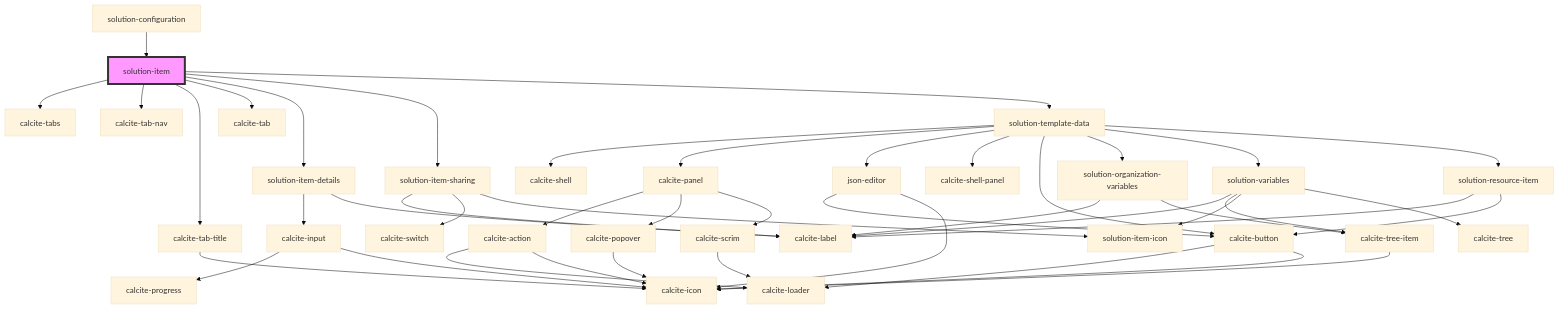
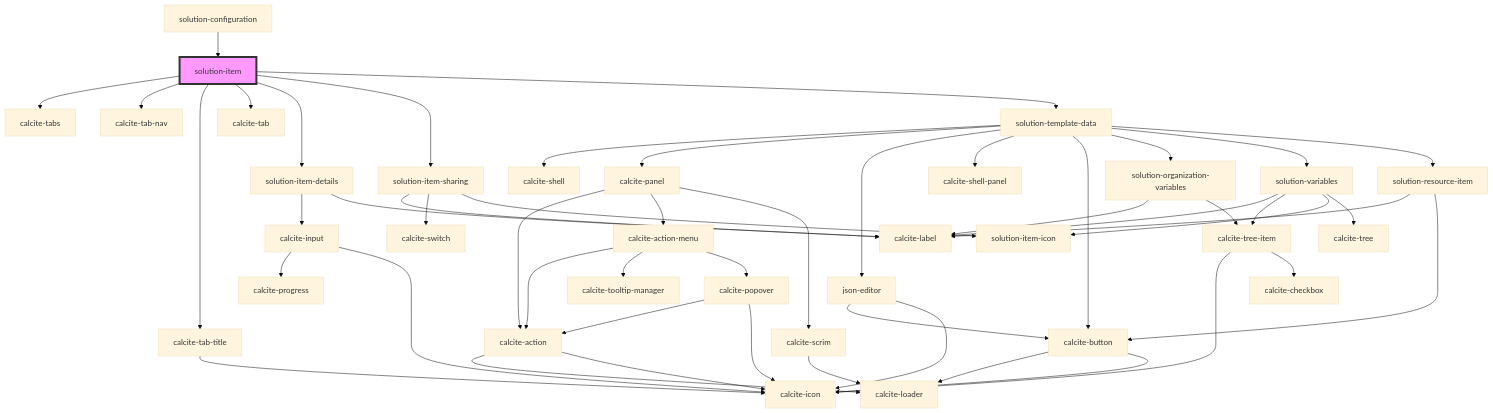
The diagram in src/components/solution-item/readme.md (Esri/solutions-components), drawn with Mermaid (base theme) before and after one commit. The commit also changed 9 other files, not shown here.

````diff
--- a/src/components/solution-item/readme.md
+++ b/src/components/solution-item/readme.md
@@ -35,48 +35,53 @@
 ```mermaid
 graph TD;
   solution-item --> calcite-tabs
   solution-item --> calcite-tab-nav
   solution-item --> calcite-tab-title
   solution-item --> calcite-tab
   solution-item --> solution-item-details
   solution-item --> solution-item-sharing
   solution-item --> solution-template-data
   calcite-tab-title --> calcite-icon
   solution-item-details --> calcite-input
   solution-item-details --> calcite-label
   calcite-input --> calcite-progress
   calcite-input --> calcite-icon
   solution-item-sharing --> calcite-label
   solution-item-sharing --> calcite-switch
   solution-item-sharing --> solution-item-icon
   solution-template-data --> calcite-shell
   solution-template-data --> calcite-panel
   solution-template-data --> json-editor
   solution-template-data --> calcite-shell-panel
   solution-template-data --> calcite-button
   solution-template-data --> solution-organization-variables
   solution-template-data --> solution-variables
   solution-template-data --> solution-resource-item
   calcite-panel --> calcite-action
-  calcite-panel --> calcite-popover
+  calcite-panel --> calcite-action-menu
   calcite-panel --> calcite-scrim
   calcite-action --> calcite-loader
   calcite-action --> calcite-icon
+  calcite-action-menu --> calcite-action
+  calcite-action-menu --> calcite-tooltip-manager
+  calcite-action-menu --> calcite-popover
+  calcite-popover --> calcite-action
   calcite-popover --> calcite-icon
   calcite-scrim --> calcite-loader
   json-editor --> calcite-button
   json-editor --> calcite-icon
   calcite-button --> calcite-loader
   calcite-button --> calcite-icon
   solution-organization-variables --> calcite-label
   solution-organization-variables --> calcite-tree-item
   calcite-tree-item --> calcite-icon
+  calcite-tree-item --> calcite-checkbox
   solution-variables --> calcite-label
   solution-variables --> calcite-tree-item
   solution-variables --> solution-item-icon
   solution-variables --> calcite-tree
   solution-resource-item --> calcite-label
   solution-resource-item --> calcite-button
   solution-configuration --> solution-item
   style solution-item fill:#f9f,stroke:#333,stroke-width:4px
 ```
````
